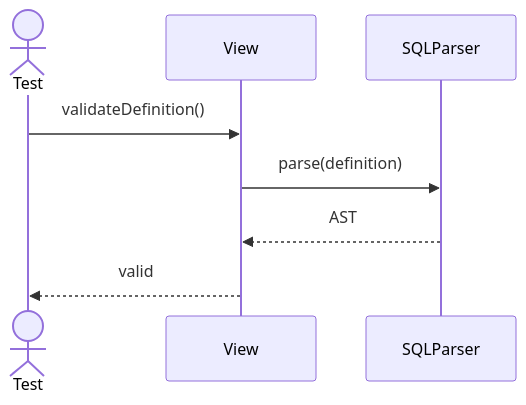
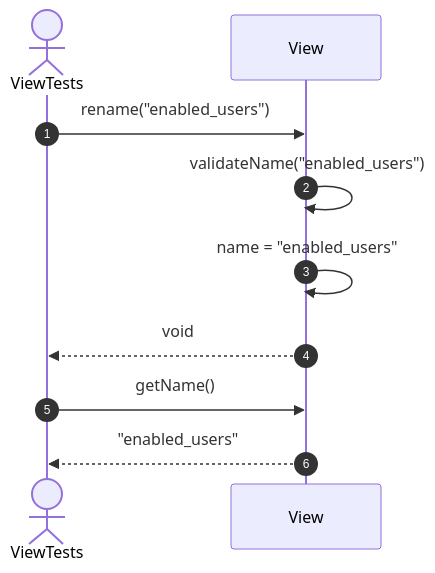
One commit to FhuAnn/-bbv-AN-s-DBMS changed the fourth of 21 diagrams in src/tests/unit/metadata/sequences/view-testing.se.md. Above: the diagram before and after it, drawn with Mermaid. The commit also changed other lines of this file and 60 other files, not shown here.

````diff
--- a/src/tests/unit/metadata/sequences/view-testing.se.md
+++ b/src/tests/unit/metadata/sequences/view-testing.se.md
@@ -55,11 +61,14 @@
 ```mermaid
 sequenceDiagram
-actor Test
-participant View
-participant SQLParser
+    autonumber
+    actor Test as ViewTests
+    participant View as View
 
-Test->>View: validateDefinition()
-View->>SQLParser: parse(definition)
-SQLParser-->>View: AST
-View-->>Test: valid
+    Test->>View: rename("enabled_users")
+    View->>View: validateName("enabled_users")
+    View->>View: name = "enabled_users"
+    View-->>Test: void
+
+    Test->>View: getName()
+    View-->>Test: "enabled_users"
 ```
````
